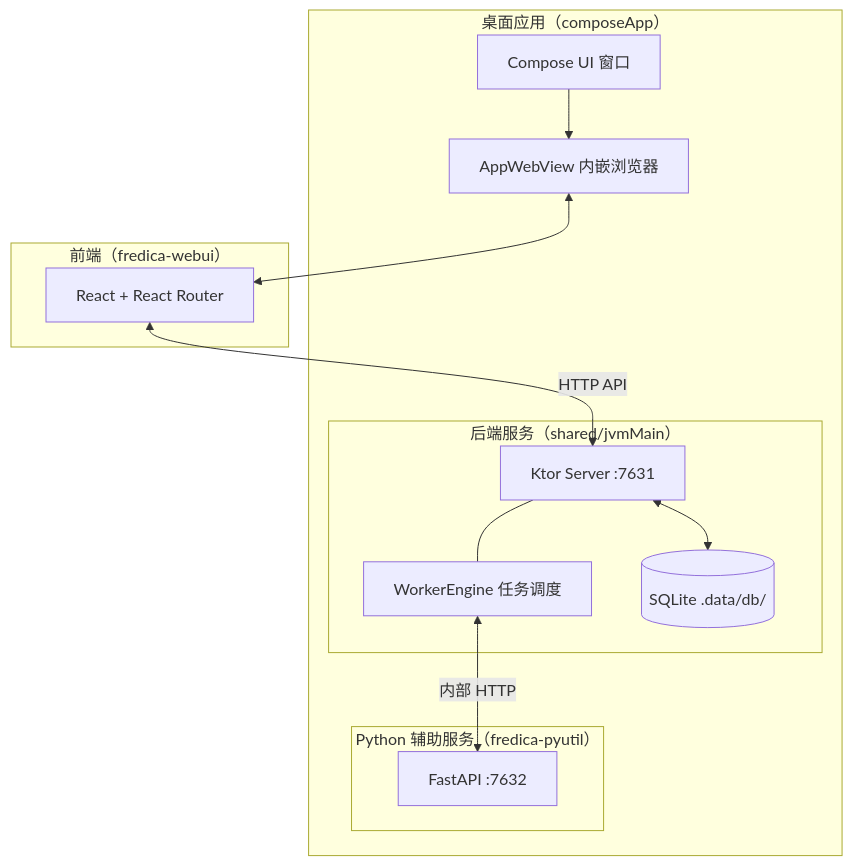
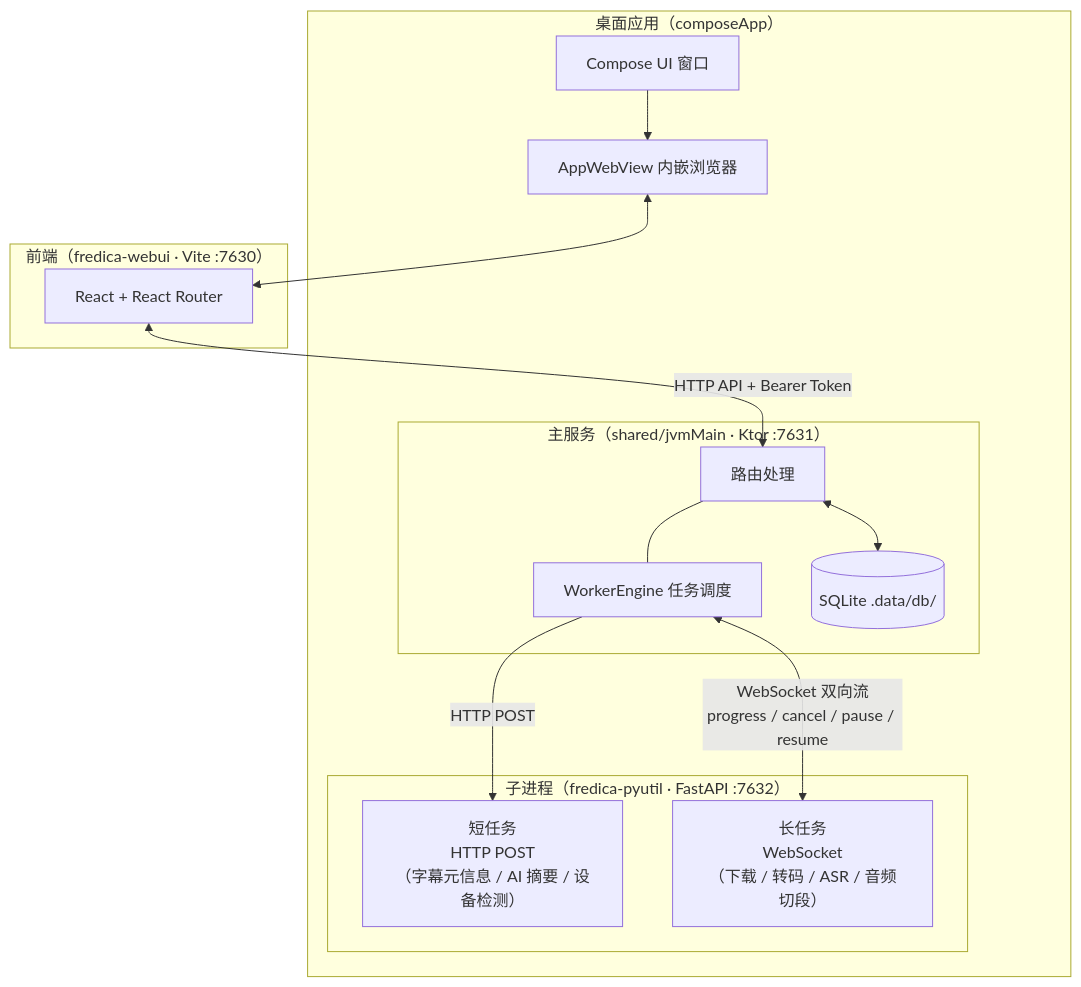
One commit to project-fredica/fredica changed the diagram in docs/dev/architecture.md. Above: the diagram before and after it, drawn with Mermaid. The commit also changed other lines of this file and 16 other files, not shown here.

````diff
--- a/docs/dev/architecture.md
+++ b/docs/dev/architecture.md
@@ -12,28 +12,30 @@
 ```mermaid
 graph TB
     subgraph Desktop["桌面应用（composeApp）"]
         CUI[Compose UI 窗口]
         WV[AppWebView 内嵌浏览器]
 
-        subgraph Backend["后端服务（shared/jvmMain）"]
-            Ktor[Ktor Server :7631]
+        subgraph Backend["主服务（shared/jvmMain · Ktor :7631）"]
+            Ktor[路由处理]
             Worker[WorkerEngine 任务调度]
             DB[(SQLite .data/db/)]
         end
 
-        subgraph PyService["Python 辅助服务（fredica-pyutil）"]
-            Py[FastAPI :7632]
+        subgraph PyService["子进程（fredica-pyutil · FastAPI :7632）"]
+            PyShort["短任务\nHTTP POST\n（字幕元信息 / AI 摘要 / 设备检测）"]
+            PyLong["长任务\nWebSocket\n（下载 / 转码 / ASR / 音频切段）"]
         end
     end
 
-    subgraph WebUI["前端（fredica-webui）"]
+    subgraph WebUI["前端（fredica-webui · Vite :7630）"]
         React[React + React Router]
     end
 
     CUI --> WV
     WV <--> React
-    React <-->|HTTP API| Ktor
+    React <-->|HTTP API + Bearer Token| Ktor
     Ktor <--> DB
     Ktor --- Worker
-    Worker <-->|内部 HTTP| Py
+    Worker -->|HTTP POST| PyShort
+    Worker <-->|WebSocket 双向流\nprogress / cancel / pause / resume| PyLong
 ```
````
